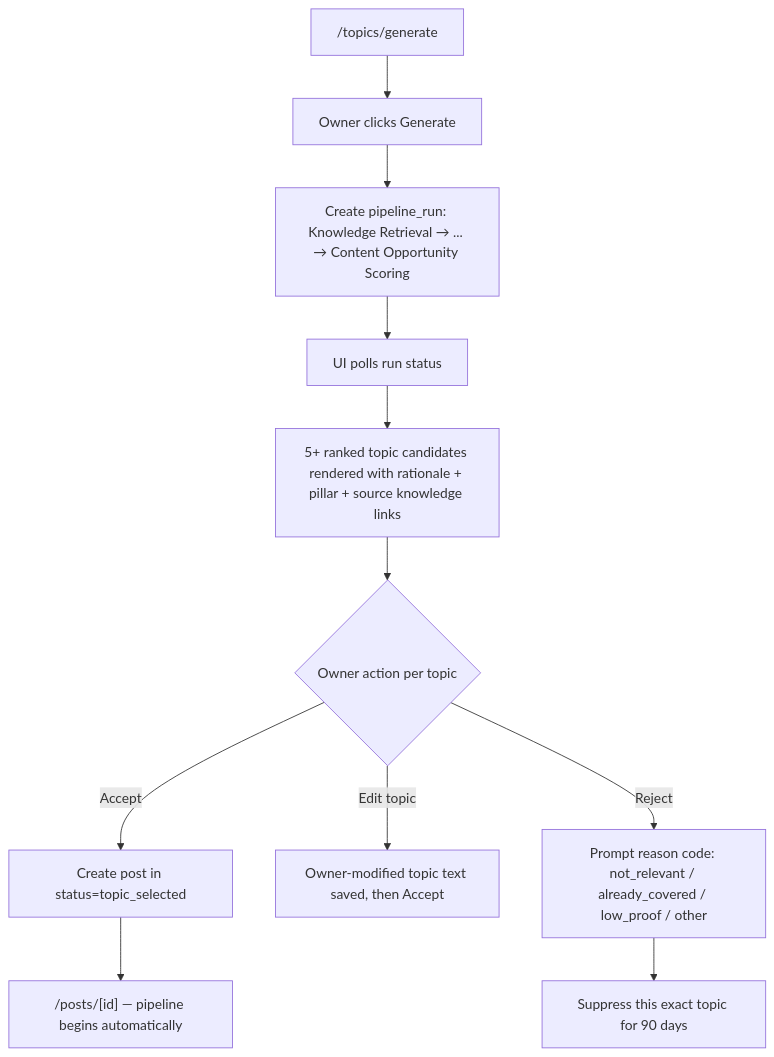
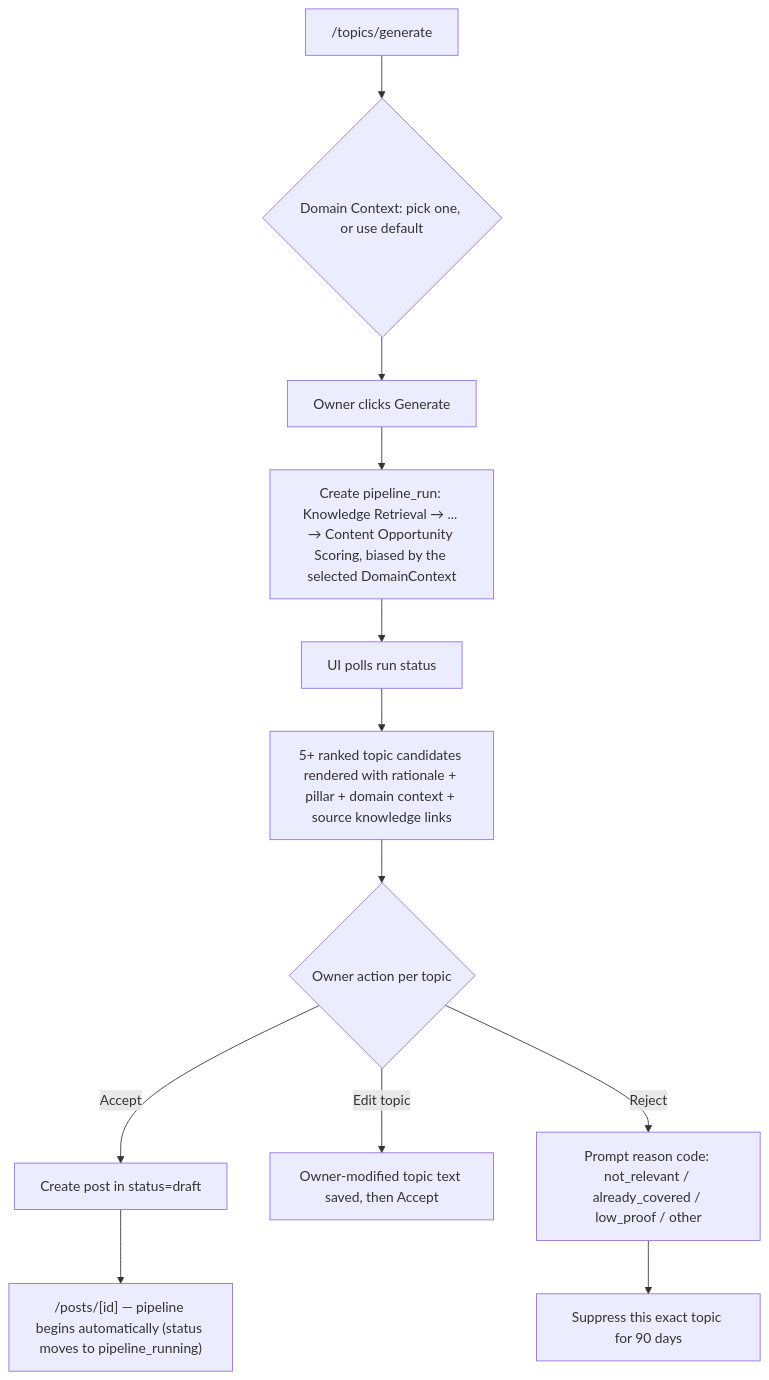
The sixth of 13 diagrams in docs/03-App-Flow.md (lazybrownass/content-engine-sm), drawn with Mermaid before and after one commit. The commit also changed other lines of this file and 6 other files, not shown here.

````diff
--- a/docs/03-App-Flow.md
+++ b/docs/03-App-Flow.md
@@ -110,13 +140,14 @@
 ```mermaid
 flowchart TB
-    START["/topics/generate"] --> TRIGGER[Owner clicks Generate]
-    TRIGGER --> RUN[Create pipeline_run: Knowledge Retrieval → ... → Content Opportunity Scoring]
+    START["/topics/generate"] --> PICKDC{Domain Context: pick one, or use default}
+    PICKDC --> TRIGGER[Owner clicks Generate]
+    TRIGGER --> RUN[Create pipeline_run: Knowledge Retrieval → ... → Content Opportunity Scoring, biased by the selected DomainContext]
     RUN --> POLL[UI polls run status]
-    POLL --> RESULT[5+ ranked topic candidates rendered with rationale + pillar + source knowledge links]
+    POLL --> RESULT[5+ ranked topic candidates rendered with rationale + pillar + domain context + source knowledge links]
     RESULT --> ACT{Owner action per topic}
-    ACT -->|Accept| CREATEPOST[Create post in status=topic_selected]
+    ACT -->|Accept| CREATEPOST[Create post in status=draft]
     ACT -->|Edit topic| EDITED[Owner-modified topic text saved, then Accept]
     ACT -->|Reject| REASON[Prompt reason code: not_relevant / already_covered / low_proof / other]
     REASON --> SUPPRESS[Suppress this exact topic for 90 days]
-    CREATEPOST --> REDIRECT["/posts/[id] — pipeline begins automatically"]
+    CREATEPOST --> REDIRECT["/posts/[id] — pipeline begins automatically (status moves to pipeline_running)"]
 ```
````
